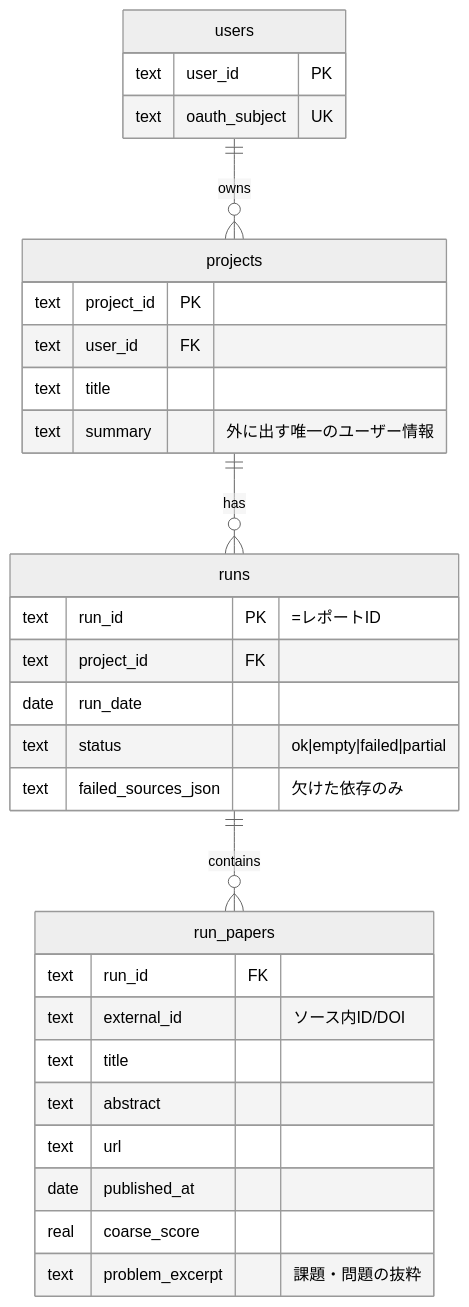
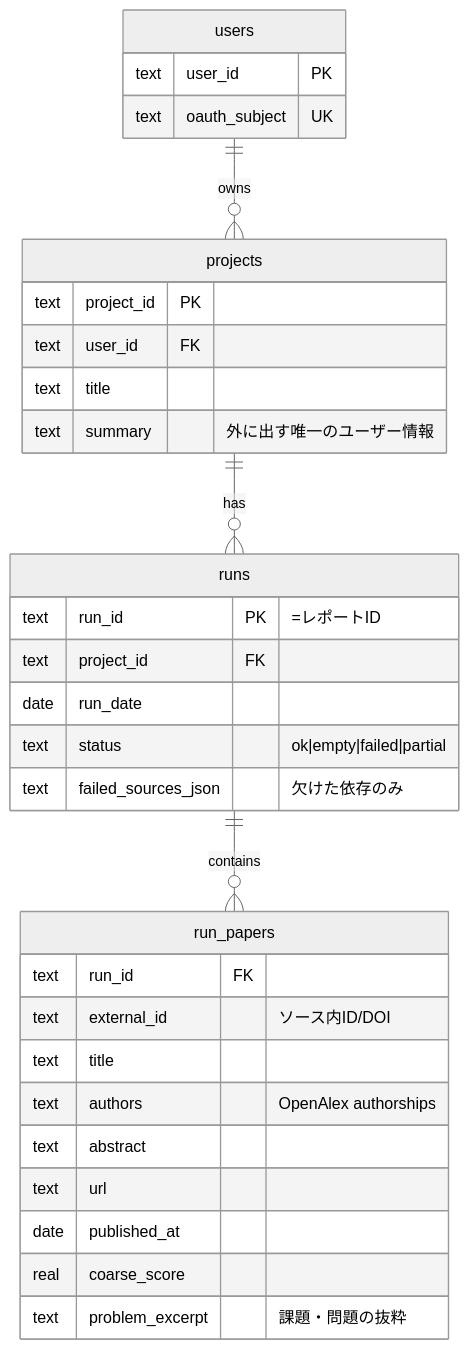
Before and after one commit to uzak0209/AI-Research: the first of 2 diagrams in docs/er-diagram.md, drawn with Mermaid (neutral theme). The commit also changed other lines of this file and 27 other files, not shown here.

````diff
--- a/docs/er-diagram.md
+++ b/docs/er-diagram.md
@@ -32,34 +32,35 @@
 ```mermaid
 erDiagram
     users ||--o{ projects : owns
     projects ||--o{ runs : has
     runs ||--o{ run_papers : contains
 
     users {
         text user_id PK
         text oauth_subject UK
     }
     projects {
         text project_id PK
         text user_id FK
         text title
         text summary "外に出す唯一のユーザー情報"
     }
     runs {
         text run_id PK "=レポートID"
         text project_id FK
         date run_date
         text status "ok|empty|failed|partial"
         text failed_sources_json "欠けた依存のみ"
     }
     run_papers {
         text run_id FK
         text external_id "ソース内ID/DOI"
         text title
+        text authors "OpenAlex authorships"
         text abstract
         text url
         date published_at
         real coarse_score
         text problem_excerpt "課題・問題の抜粋"
     }
 ```
````
